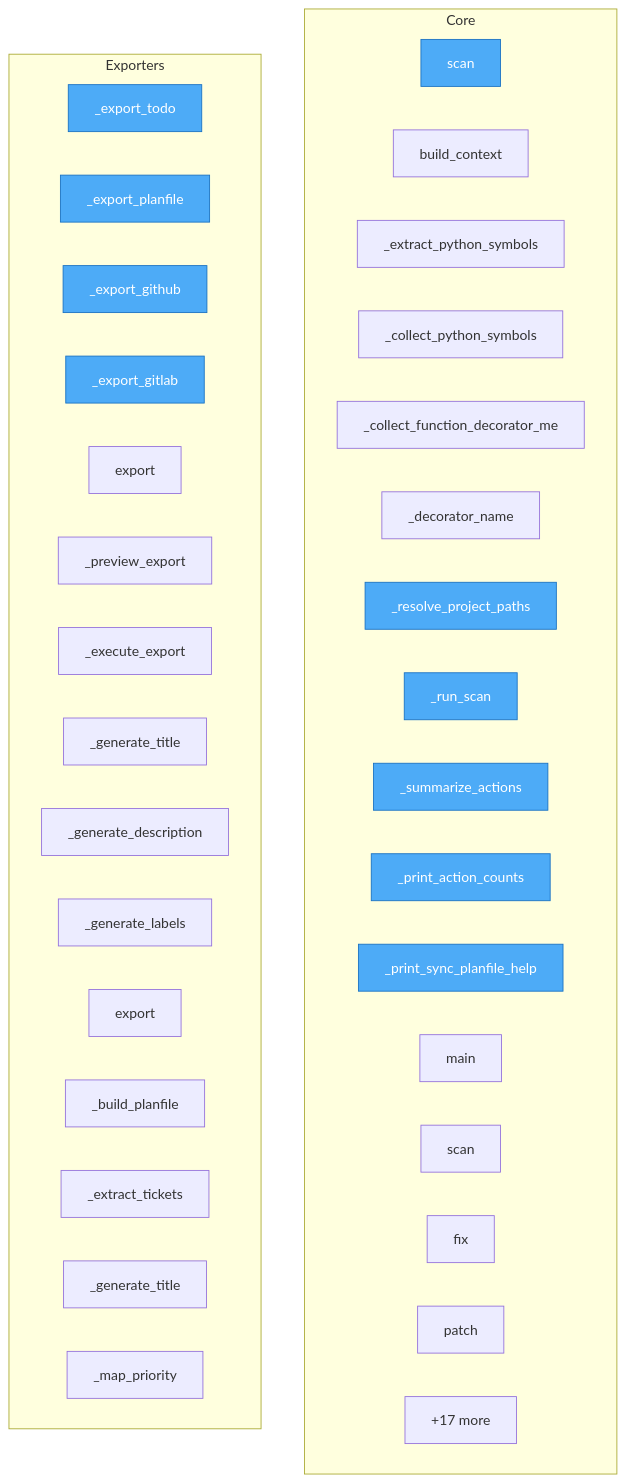
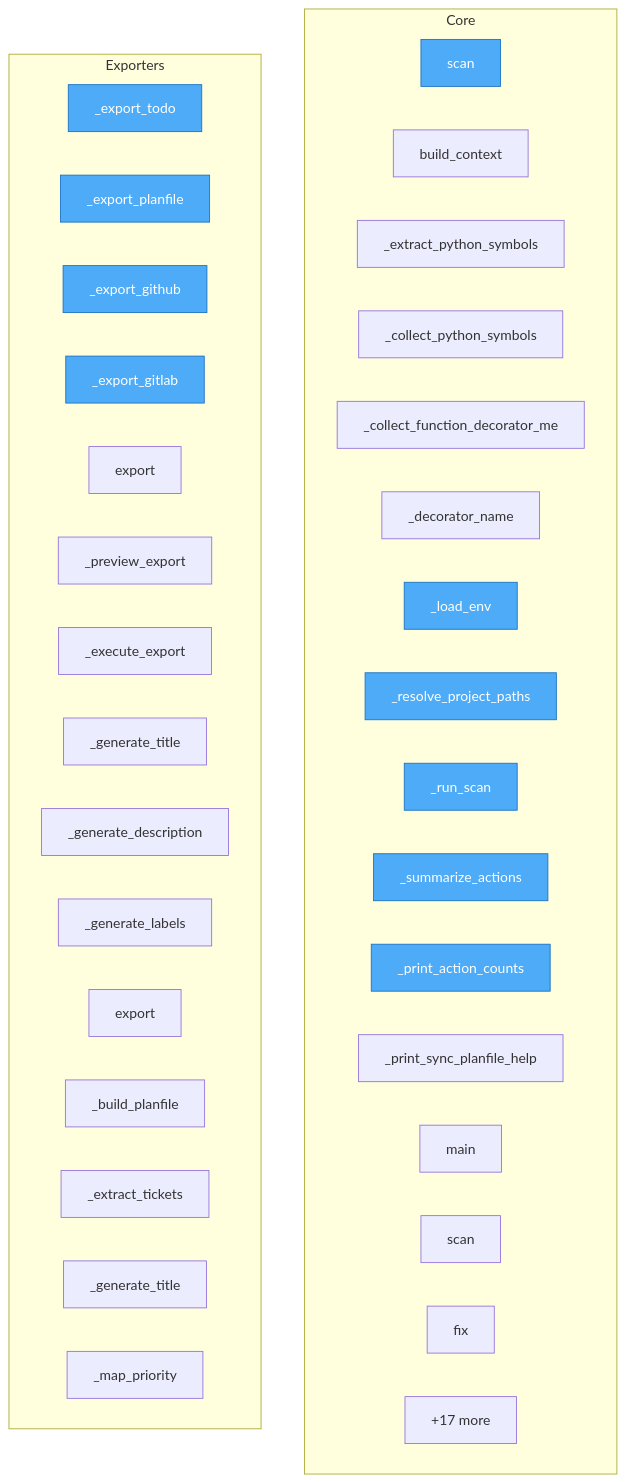
The diagram in project/flow.mmd (semcod/docval), drawn with Mermaid before and after one commit. The commit also changed 46 other files, not shown here.

```diff
--- a/project/flow.mmd
+++ b/project/flow.mmd
@@ -1,44 +1,44 @@
 flowchart TD
 
     %% Entry points (blue)
     classDef entry fill:#4dabf7,stroke:#1971c2,color:#fff
 
     subgraph Core
         src__docval__pipeline__scan["scan"]
         src__docval__context__build_context["build_context"]
         src__docval__context___extract_python_symbols["_extract_python_symbols"]
         src__docval__context___collect_python_symbols["_collect_python_symbols"]
         src__docval__context___collect_function_decorator_metadata["_collect_function_decorator_me"]
         src__docval__context___decorator_name["_decorator_name"]
+        src__docval__cli___load_env["_load_env"]
         src__docval__cli___resolve_project_paths["_resolve_project_paths"]
         src__docval__cli___run_scan["_run_scan"]
         src__docval__cli___summarize_actions["_summarize_actions"]
         src__docval__cli___print_action_counts["_print_action_counts"]
         src__docval__cli___print_sync_planfile_help["_print_sync_planfile_help"]
         src__docval__cli__main["main"]
         src__docval__cli__scan["scan"]
         src__docval__cli__fix["fix"]
-        src__docval__cli__patch["patch"]
-        ...["+53 more"]
+        ...["+54 more"]
     end
 
     subgraph Exporters
         src__docval__cli___export_todo["_export_todo"]
         src__docval__cli___export_planfile["_export_planfile"]
         src__docval__cli___export_github["_export_github"]
         src__docval__cli___export_gitlab["_export_gitlab"]
         src__docval__exporters__gitlab__GitLabExporter__export["export"]
         src__docval__exporters__gitlab__GitLabExporter___preview_export["_preview_export"]
         src__docval__exporters__gitlab__GitLabExporter___execute_export["_execute_export"]
         src__docval__exporters__gitlab__GitLabExporter___generate_title["_generate_title"]
         src__docval__exporters__gitlab__GitLabExporter___generate_description["_generate_description"]
         src__docval__exporters__gitlab__GitLabExporter___generate_labels["_generate_labels"]
         src__docval__exporters__planfile__PlanfileExporter__export["export"]
         src__docval__exporters__planfile__PlanfileExporter___build_planfile["_build_planfile"]
         src__docval__exporters__planfile__PlanfileExporter___extract_tickets["_extract_tickets"]
         src__docval__exporters__planfile__PlanfileExporter___generate_title["_generate_title"]
         src__docval__exporters__planfile__PlanfileExporter___map_priority["_map_priority"]
         ...["+17 more"]
     end
 
-    class src__docval__pipeline__scan,src__docval__cli___resolve_project_paths,src__docval__cli___run_scan,src__docval__cli___summarize_actions,src__docval__cli___print_action_counts,src__docval__cli___export_todo,src__docval__cli___export_planfile,src__docval__cli___export_github,src__docval__cli___export_gitlab,src__docval__cli___print_sync_planfile_help entry
+    class src__docval__pipeline__scan,src__docval__cli___load_env,src__docval__cli___resolve_project_paths,src__docval__cli___run_scan,src__docval__cli___summarize_actions,src__docval__cli___print_action_counts,src__docval__cli___export_todo,src__docval__cli___export_planfile,src__docval__cli___export_github,src__docval__cli___export_gitlab entry
```
